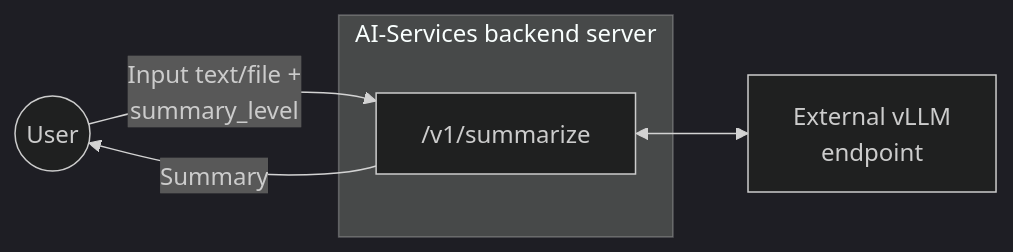
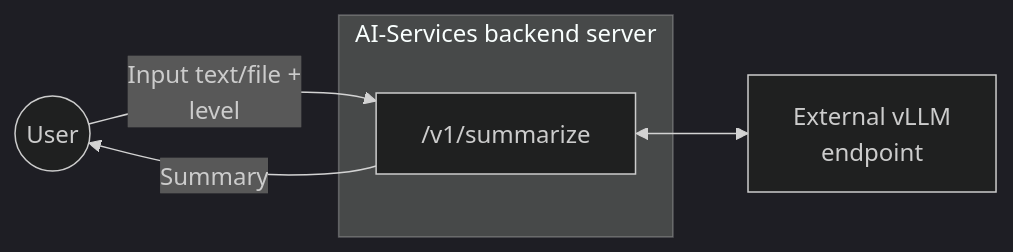
One commit to IBM/project-ai-services changed the third of 4 diagrams in docs/proposals/summarization_endpoint_design_doc.md. Above: the diagram before and after it, drawn with Mermaid (dark theme). The commit also changed other lines of this file, not shown here.

````diff
--- a/docs/proposals/summarization_endpoint_design_doc.md
+++ b/docs/proposals/summarization_endpoint_design_doc.md
@@ -423,16 +423,16 @@
 ```mermaid
 graph LR
     %% Nodes
     U((User))
     
     subgraph S1 ["AI-Services backend server"]
         API["/v1/summarize"]
     end
     
     VLLM["External vLLM<br/>endpoint"]
 
     %% Edges
-    U -->|"Input text/file +<br/>summary_level"| API
+    U -->|"Input text/file +<br/>level"| API
     API -->|"Summary"| U
     API <--> VLLM
 ```
````
